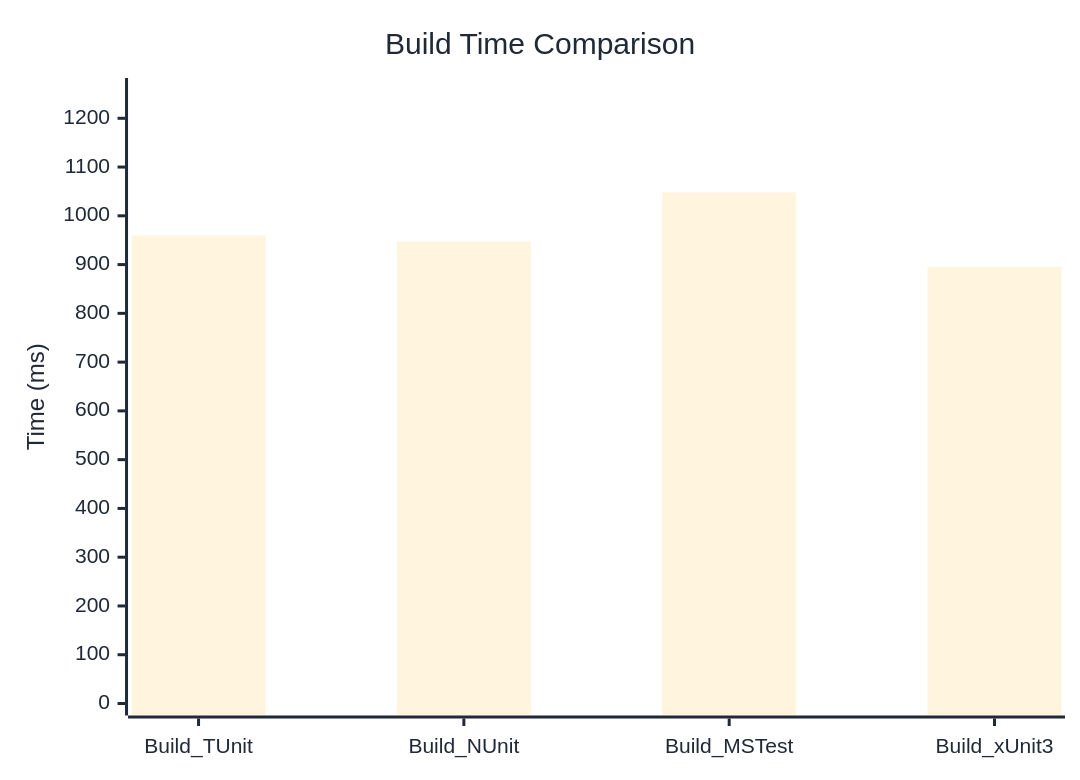
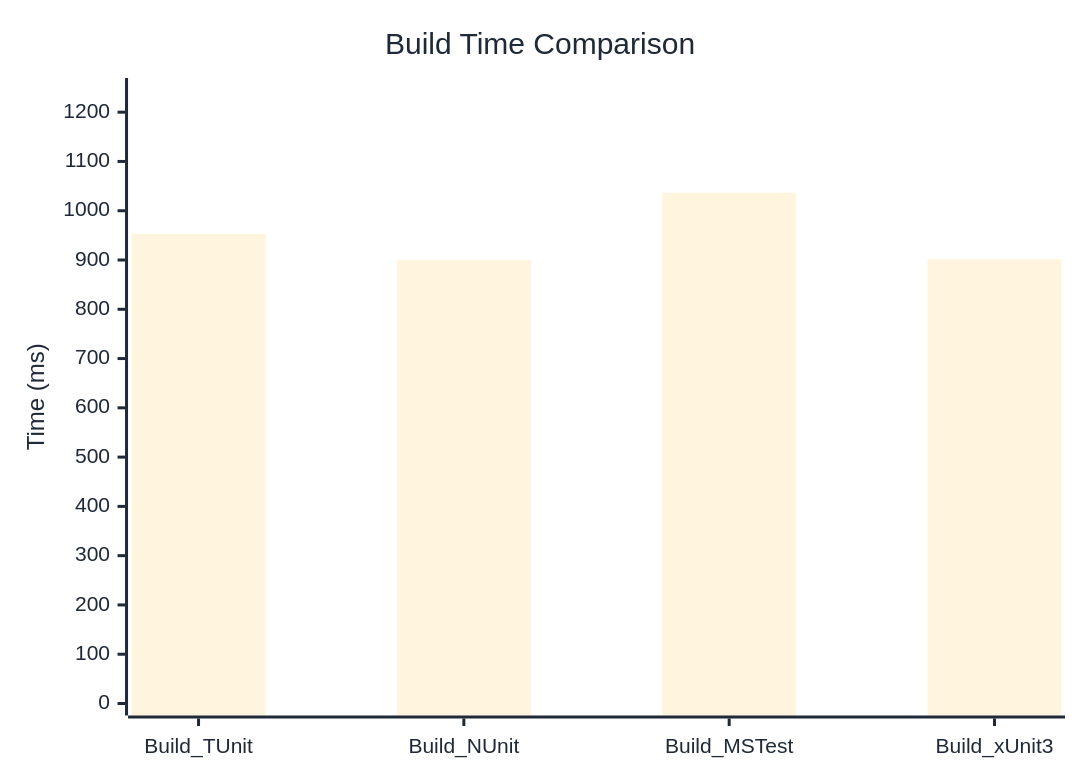
The diagram in docs/docs/benchmarks/engine/BuildTime.md (thomhurst/TUnit), drawn with Mermaid before and after one commit. The commit also changed other lines of this file and 17 other files, not shown here.

````diff
--- a/docs/docs/benchmarks/engine/BuildTime.md
+++ b/docs/docs/benchmarks/engine/BuildTime.md
@@ -30,37 +30,37 @@
 ```mermaid
 %%{init: {
   'theme':'base',
   'themeVariables': {
     'primaryColor': '#2563eb',
     'primaryTextColor': '#1f2937',
     'primaryBorderColor': '#1e40af',
     'lineColor': '#6b7280',
     'secondaryColor': '#7c3aed',
     'tertiaryColor': '#dc2626',
     'background': '#ffffff',
     'mainBkg': '#2563eb',
     'secondBkg': '#7c3aed',
     'tertiaryBkg': '#dc2626',
     'clusterBkg': '#f3f4f6',
     'edgeLabelBackground': '#ffffff',
     'tertiaryTextColor': '#1f2937',
     'pie1': '#2563eb',
     'pie2': '#7c3aed',
     'pie3': '#dc2626',
     'pie4': '#f59e0b',
     'pie5': '#10b981',
     'pie6': '#06b6d4',
     'pie7': '#ec4899',
     'pie8': '#6366f1',
     'pie9': '#84cc16',
     'pie10': '#f97316',
     'pie11': '#14b8a6',
     'pie12': '#a855f7'
   }
 }}%%
 xychart-beta
   title "Build Time Comparison"
   x-axis ["Build_TUnit", "Build_NUnit", "Build_MSTest", "Build_xUnit3"]
-  y-axis "Time (ms)" 0 --> 1258
-  bar [959.6, 946.9, 1048, 895.6]
+  y-axis "Time (ms)" 0 --> 1245
+  bar [953.1, 899.7, 1036.7, 901.5]
 ```
````
